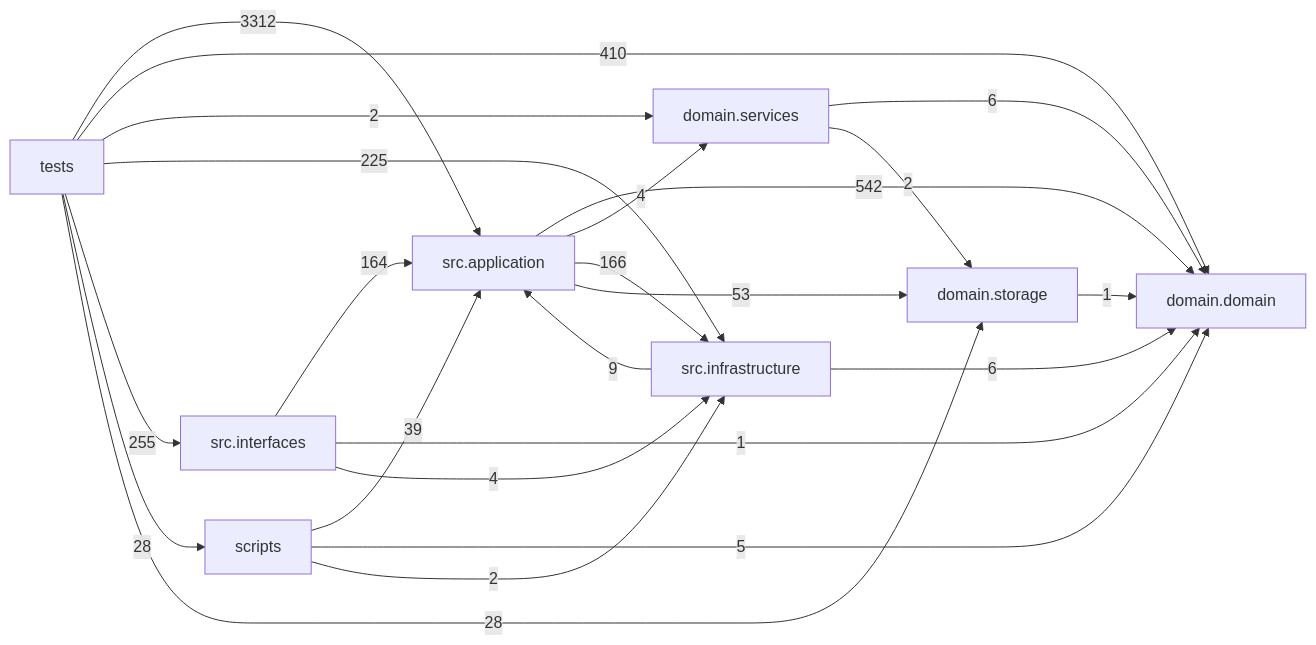
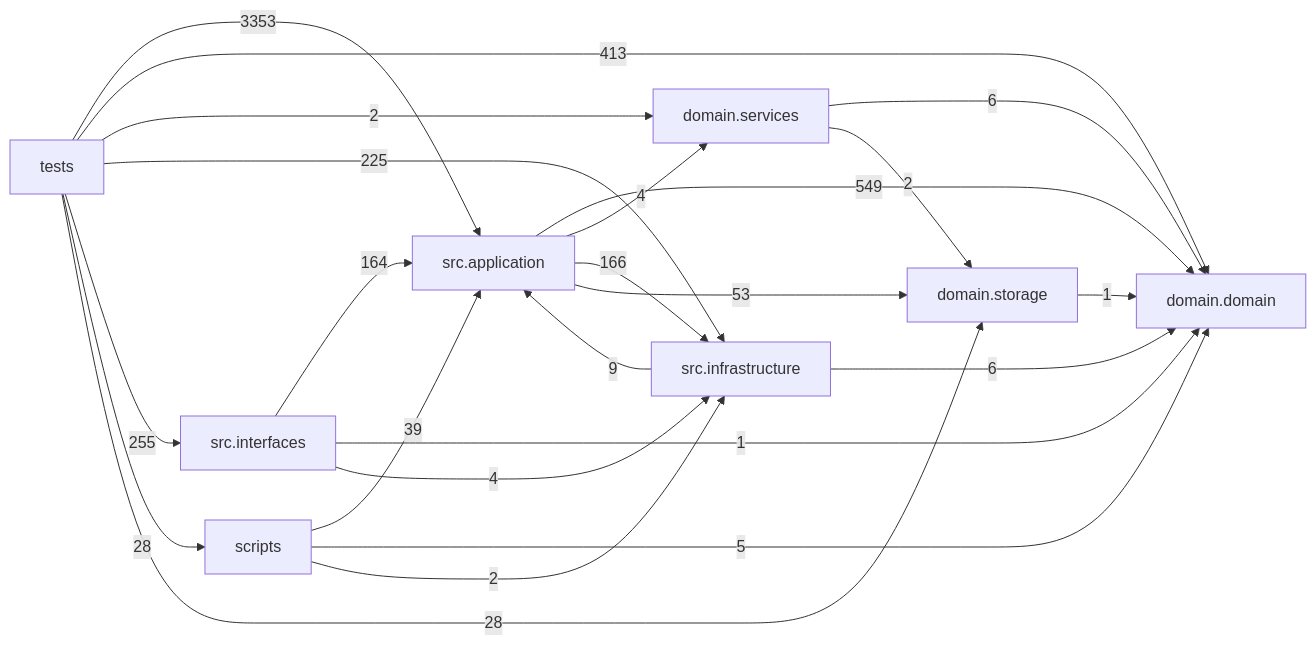
One commit to liuxie066/options-monitor changed the diagram in docs/DEPENDENCY_GRAPH.md. Above: the diagram before and after it, drawn with Mermaid. The commit also changed other lines of this file and 5 other files, not shown here.

````diff
--- a/docs/DEPENDENCY_GRAPH.md
+++ b/docs/DEPENDENCY_GRAPH.md
@@ -24,33 +24,33 @@
 ```mermaid
 flowchart LR
   tests["tests"]
   scripts["scripts"]
   interfaces["src.interfaces"]
   application["src.application"]
   infrastructure["src.infrastructure"]
   domain_services["domain.services"]
   domain["domain.domain"]
   storage["domain.storage"]
-  application -->|542| domain
+  application -->|549| domain
   application -->|4| domain_services
   application -->|166| infrastructure
   application -->|53| storage
   domain_services -->|6| domain
   domain_services -->|2| storage
   infrastructure -->|9| application
   infrastructure -->|6| domain
   interfaces -->|164| application
   interfaces -->|1| domain
   interfaces -->|4| infrastructure
   scripts -->|39| application
   scripts -->|5| domain
   scripts -->|2| infrastructure
   storage -->|1| domain
-  tests -->|3312| application
-  tests -->|410| domain
+  tests -->|3353| application
+  tests -->|413| domain
   tests -->|2| domain_services
   tests -->|225| infrastructure
   tests -->|255| interfaces
   tests -->|28| scripts
   tests -->|28| storage
 ```
````
